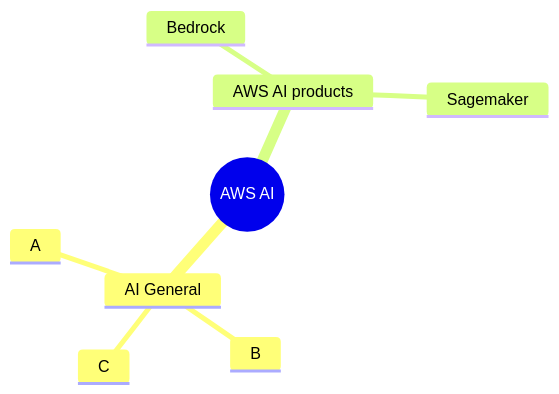
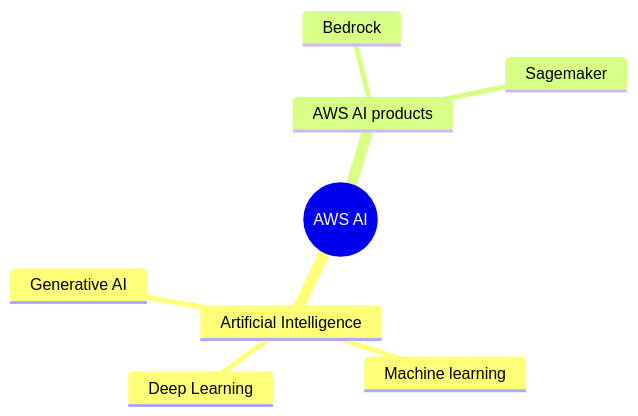
Before and after one commit to gitstua/Mindmaps: the diagram in aws-ai.md, drawn with Mermaid.

Commit message:
Update AI categories in AWS AI mindmap

````diff
--- a/aws-ai.md
+++ b/aws-ai.md
@@ -5,12 +5,12 @@
 ```mermaid
 mindmap
   root((AWS AI))
-    AI General
-        A
-        B
-        C
+    Artificial Intelligence
+        Machine learning
+        Deep Learning
+        Generative AI
     AWS AI products
         Bedrock
         Sagemaker
         
 ```
````
